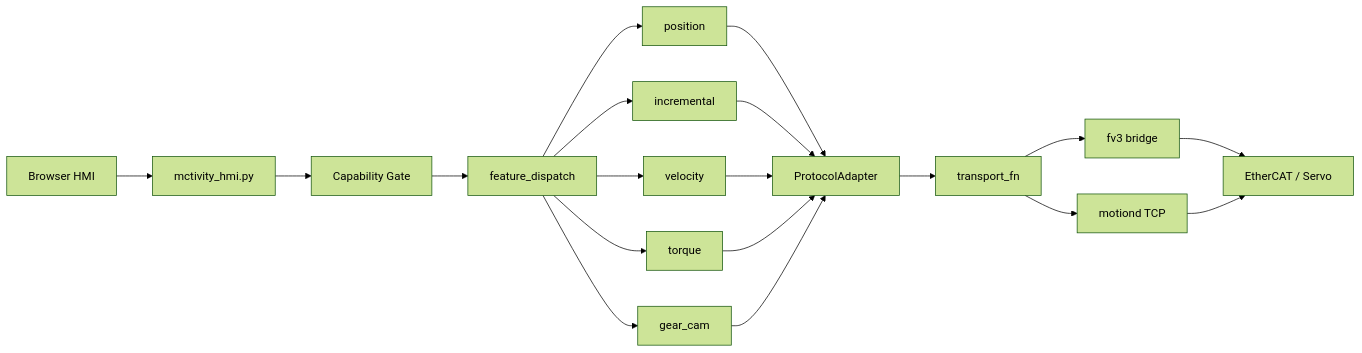
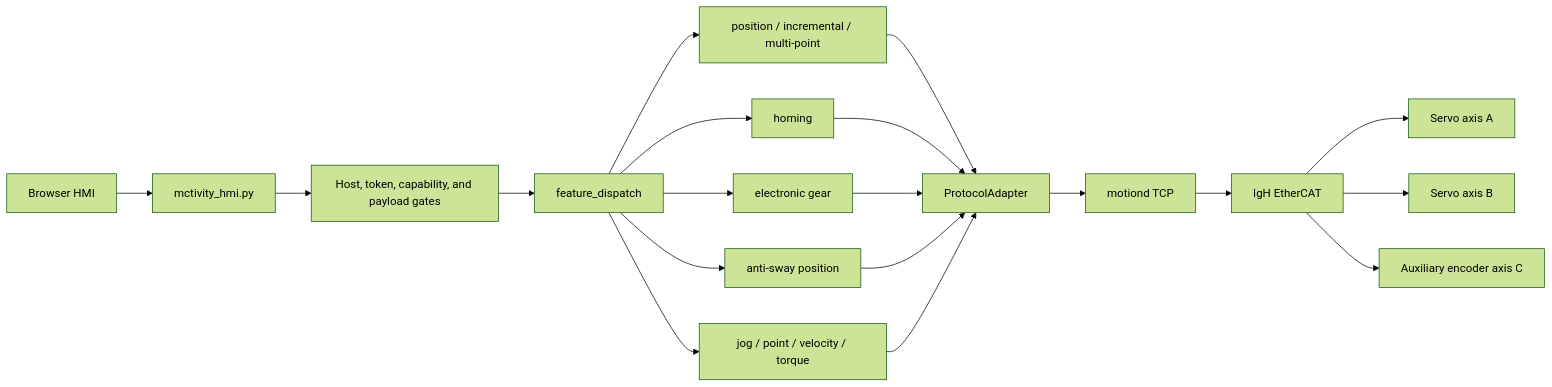
One commit to mktium/mctivity changed the first of 3 diagrams in docs/architecture.md. Above: the diagram before and after it, drawn with Mermaid (forest theme). The commit also changed other lines of this file and 44 other files, not shown here.

````diff
--- a/docs/architecture.md
+++ b/docs/architecture.md
@@ -16,21 +14,21 @@
 ```mermaid
 flowchart LR
-    UI["Browser HMI"] --> API["mctivity_hmi.py"]
-    API --> GATE["Capability Gate"]
+    HMI["Browser HMI"] --> API["mctivity_hmi.py"]
+    API --> GATE["Host, token, capability, and payload gates"]
     GATE --> DISP["feature_dispatch"]
-    DISP --> POS["position"]
-    DISP --> INC["incremental"]
-    DISP --> VEL["velocity"]
-    DISP --> TOR["torque"]
-    DISP --> GEAR["gear_cam"]
+    DISP --> POS["position / incremental / multi-point"]
+    DISP --> HOME["homing"]
+    DISP --> GEAR["electronic gear"]
+    DISP --> SWAY["anti-sway position"]
+    DISP --> OTHER["jog / point / velocity / torque"]
     POS --> ADAPTER["ProtocolAdapter"]
-    INC --> ADAPTER
-    VEL --> ADAPTER
-    TOR --> ADAPTER
+    HOME --> ADAPTER
     GEAR --> ADAPTER
-    ADAPTER --> TRANS["transport_fn"]
-    TRANS --> FV3["fv3 bridge"]
-    TRANS --> MOTIOND["motiond TCP"]
-    FV3 --> DEV["EtherCAT / Servo"]
-    MOTIOND --> DEV
+    SWAY --> ADAPTER
+    OTHER --> ADAPTER
+    ADAPTER --> MOTIOND["motiond TCP"]
+    MOTIOND --> ECAT["IgH EtherCAT"]
+    ECAT --> AXISA["Servo axis A"]
+    ECAT --> AXISB["Servo axis B"]
+    ECAT --> AXISC["Auxiliary encoder axis C"]
 ```
````
